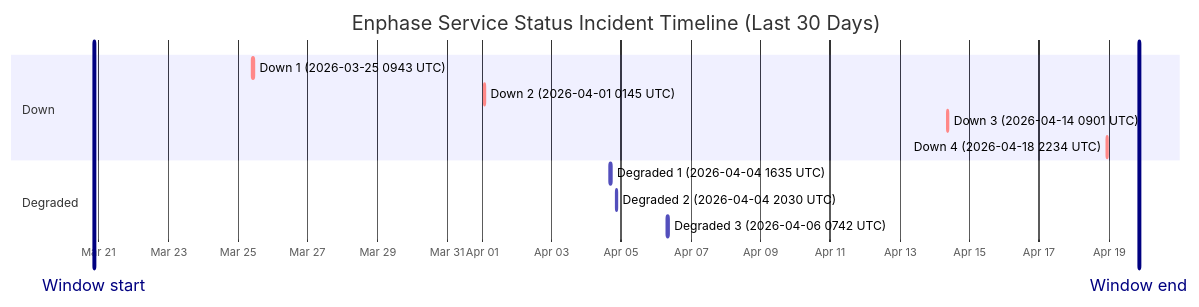
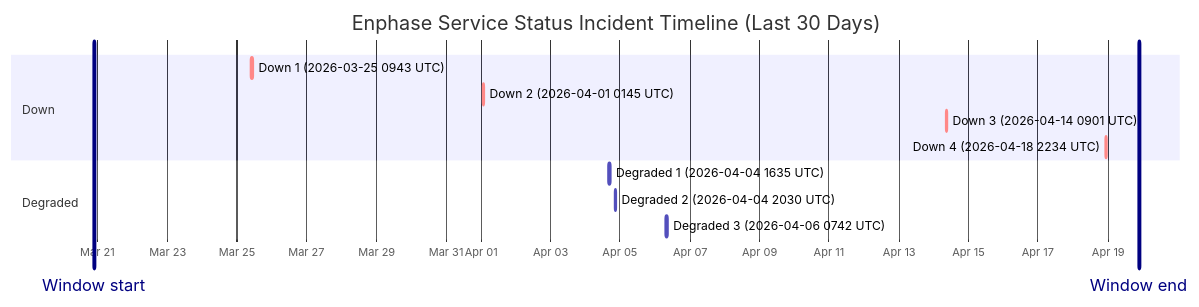
One commit to barneyonline/ha-enphase-ev-charger changed the diagram in wiki/Service-Status-History.md. Above: the diagram before and after it, drawn with Mermaid. The commit also changed other lines of this file and 3 other files, not shown here.

````diff
--- a/wiki/Service-Status-History.md
+++ b/wiki/Service-Status-History.md
@@ -14,17 +14,17 @@
 ```mermaid
 gantt
     title Enphase Service Status Incident Timeline (Last 30 Days)
     dateFormat  YYYY-MM-DDTHH:mm:ss
     axisFormat  %b %d
-    Window start :vert, window-start, 2026-03-20T20:49:39, 0ms
-    Window end :vert, window-end, 2026-04-19T20:49:39, 0ms
+    Window start :vert, window-start, 2026-03-20T21:35:19, 0ms
+    Window end :vert, window-end, 2026-04-19T21:35:19, 0ms
     section Down
     Down 1 (2026-03-25 0943 UTC) :crit, down-1, 2026-03-25T09:43:28, 111m
     Down 2 (2026-04-01 0145 UTC) :crit, down-2, 2026-04-01T01:45:09, 60m
     Down 3 (2026-04-14 0901 UTC) :crit, down-3, 2026-04-14T09:01:13, 60m
     Down 4 (2026-04-18 2234 UTC) :crit, down-4, 2026-04-18T22:34:13, 60m
     section Degraded
     Degraded 1 (2026-04-04 1635 UTC) :active, degraded-1, 2026-04-04T16:35:17, 60m
     Degraded 2 (2026-04-04 2030 UTC) :active, degraded-2, 2026-04-04T20:30:40, 60m
     Degraded 3 (2026-04-06 0742 UTC) :active, degraded-3, 2026-04-06T07:42:09, 85m
 ```
````
